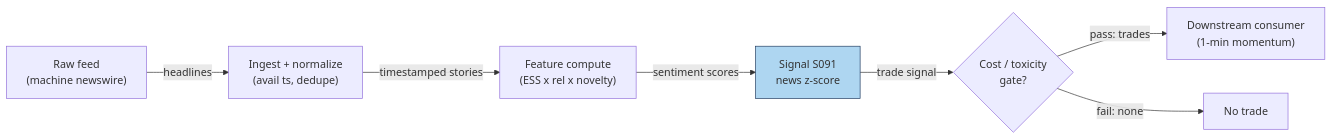
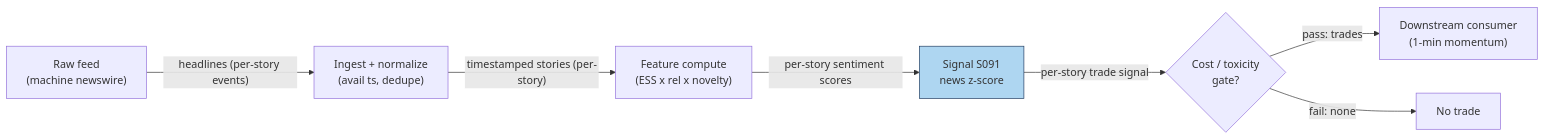
The diagram in batches/SB3/S091.md (praveenguptahcl/quant-signals-deep), drawn with Mermaid before and after one commit. The commit also changed other lines of this file and 49 other files, not shown here.

````diff
--- a/batches/SB3/S091.md
+++ b/batches/SB3/S091.md
@@ -146,10 +145,10 @@
 ```mermaid
 flowchart LR
-    FEED["Raw feed<br/>(machine newswire)"] -->|"headlines"| ING["Ingest + normalize<br/>(avail ts, dedupe)"]
-    ING -->|"timestamped stories"| FEAT["Feature compute<br/>(ESS x rel x novelty)"]
-    FEAT -->|"sentiment scores"| SIG["Signal S091<br/>news z-score"]
-    SIG -->|"trade signal"| GATE{"Cost / toxicity<br/>gate?"}
+    FEED["Raw feed<br/>(machine newswire)"] -->|"headlines (per-story events)"| ING["Ingest + normalize<br/>(avail ts, dedupe)"]
+    ING -->|"timestamped stories (per-story)"| FEAT["Feature compute<br/>(ESS x rel x novelty)"]
+    FEAT -->|"per-story sentiment scores"| SIG["Signal S091<br/>news z-score"]
+    SIG -->|"per-story trade signal"| GATE{"Cost / toxicity<br/>gate?"}
     GATE -->|"pass: trades"| OUT["Downstream consumer<br/>(1-min momentum)"]
     GATE -->|"fail: none"| DROP["No trade"]
     style SIG fill:#aed6f1,stroke:#1f3a5f
 ```
````
